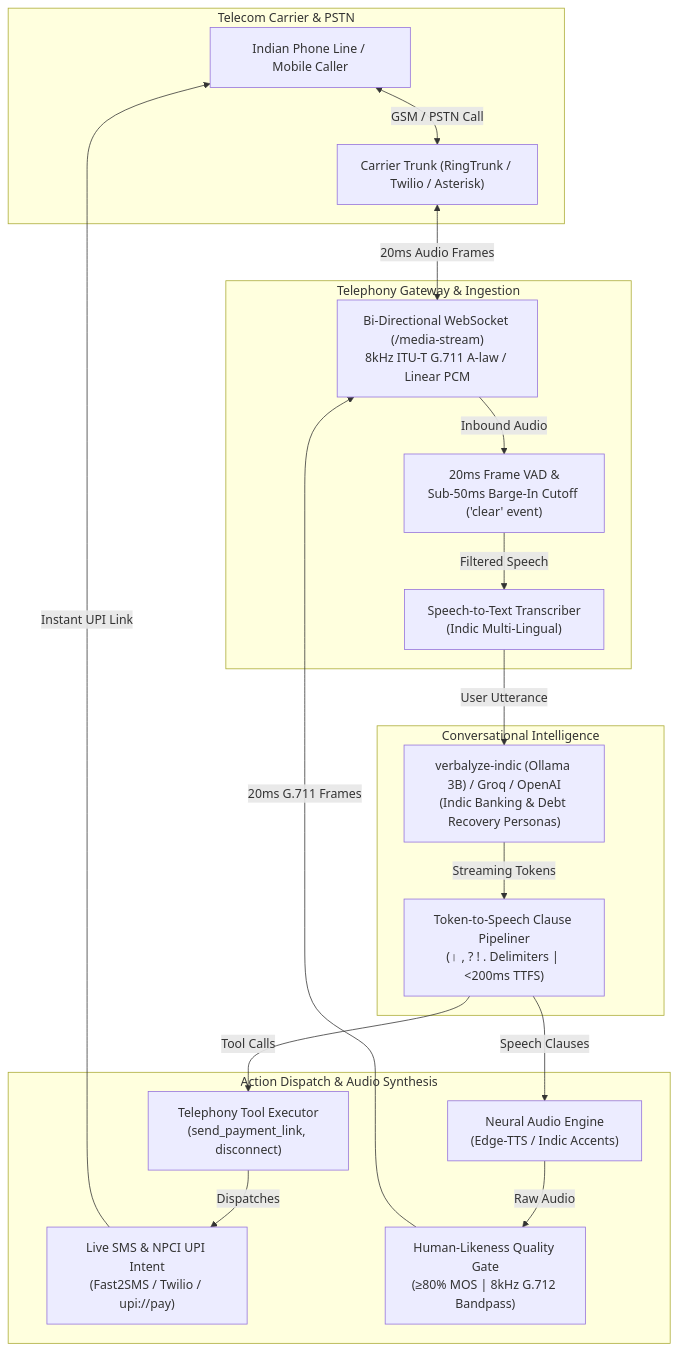
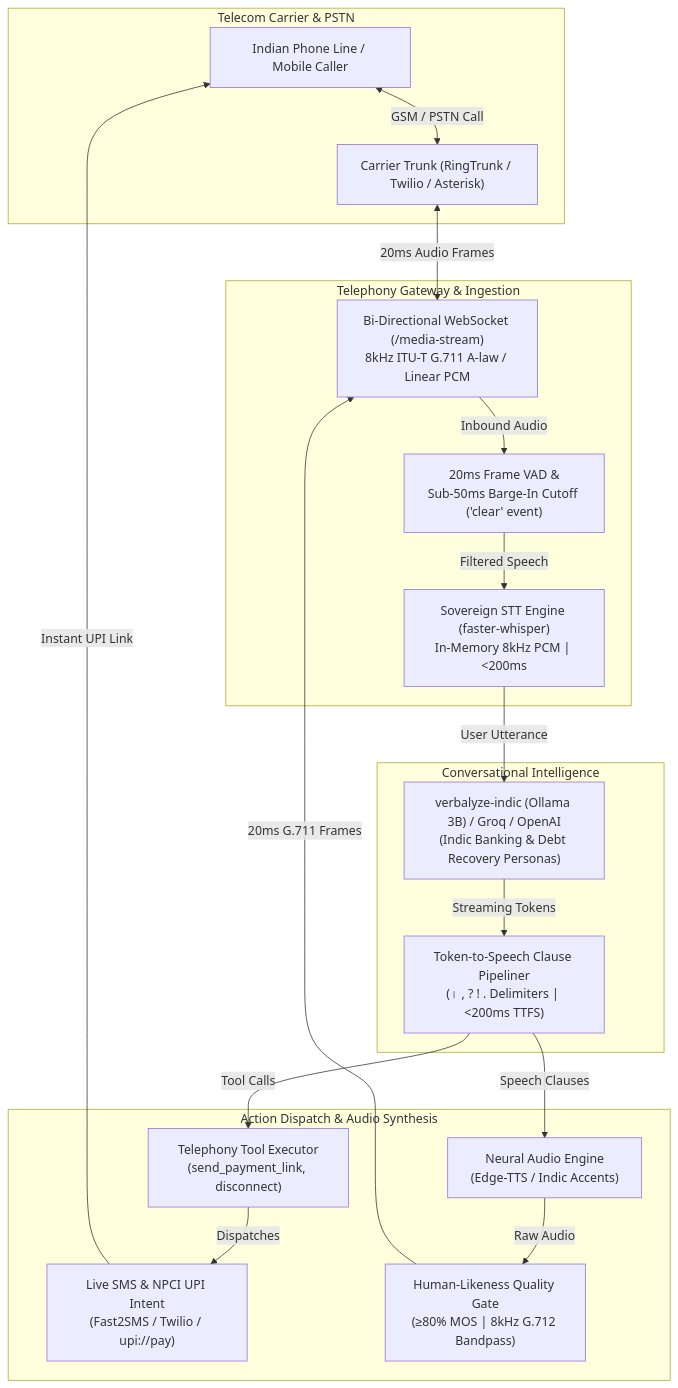
The diagram in README.md (ansh-rohilla/Verbalyze), drawn with Mermaid before and after one commit. The commit also changed other lines of this file and 9 other files, not shown here.

Commit message:
feat: sovereign on-prem streaming STT engine with in-memory 8kHz PCM decoding

````diff
--- a/README.md
+++ b/README.md
@@ -17,39 +17,39 @@
 ```mermaid
 flowchart TD
     subgraph Telecom["Telecom Carrier & PSTN"]
         Caller["Indian Phone Line / Mobile Caller"]
         Carrier["Carrier Trunk (RingTrunk / Twilio / Asterisk)"]
         Caller <-->|"GSM / PSTN Call"| Carrier
     end
 
     subgraph Gateway["Telephony Gateway & Ingestion"]
         WS["Bi-Directional WebSocket (/media-stream)<br/>8kHz ITU-T G.711 A-law / Linear PCM"]
         VAD["20ms Frame VAD &<br/>Sub-50ms Barge-In Cutoff ('clear' event)"]
-        STT["Speech-to-Text Transcriber<br/>(Indic Multi-Lingual)"]
+        STT["Sovereign STT Engine (faster-whisper)<br/>In-Memory 8kHz PCM | &lt;200ms"]
         Carrier <-->|"20ms Audio Frames"| WS
         WS -->|"Inbound Audio"| VAD
         VAD -->|"Filtered Speech"| STT
     end
 
     subgraph Intelligence["Conversational Intelligence"]
         SLM["verbalyze-indic (Ollama 3B) / Groq / OpenAI<br/>(Indic Banking & Debt Recovery Personas)"]
         Streamer["Token-to-Speech Clause Pipeliner<br/>(। , ? ! . Delimiters | &lt;200ms TTFS)"]
         STT -->|"User Utterance"| SLM
         SLM -->|"Streaming Tokens"| Streamer
     end
 
     subgraph Actions["Action Dispatch & Audio Synthesis"]
         Tools["Telephony Tool Executor<br/>(send_payment_link, disconnect)"]
         SMS["Live SMS & NPCI UPI Intent<br/>(Fast2SMS / Twilio / upi://pay)"]
         TTS["Neural Audio Engine<br/>(Edge-TTS / Indic Accents)"]
         Gate["Human-Likeness Quality Gate<br/>(&ge;80% MOS | 8kHz G.712 Bandpass)"]
         
         Streamer -->|"Tool Calls"| Tools
         Tools -->|"Dispatches"| SMS
         SMS -->|"Instant UPI Link"| Caller
 
         Streamer -->|"Speech Clauses"| TTS
         TTS -->|"Raw Audio"| Gate
         Gate -->|"20ms G.711 Frames"| WS
     end
 ```
````
